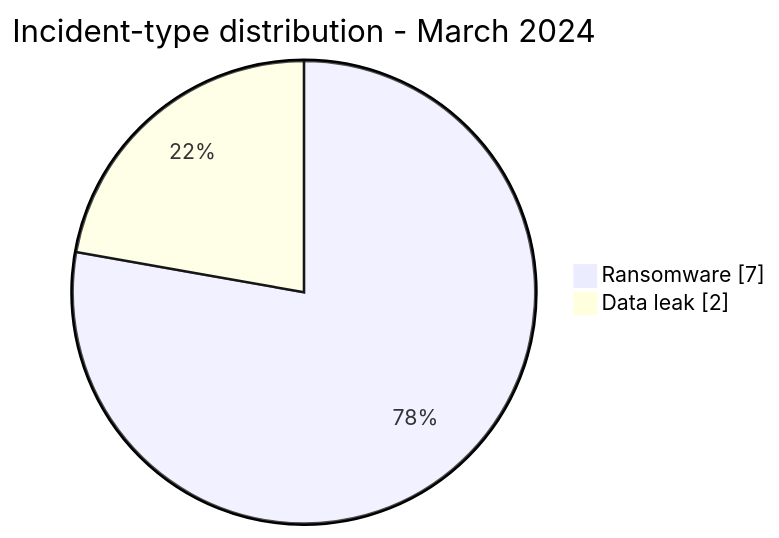
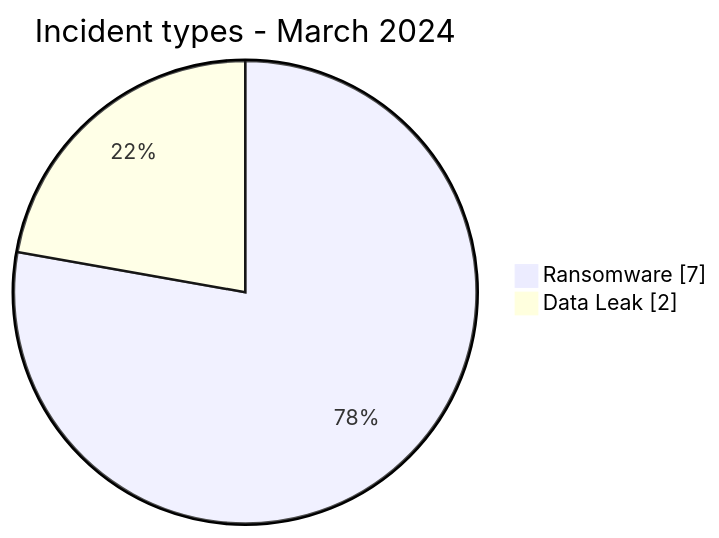
One commit to Hatchepsoute/AFRINTEL changed the first of 3 diagrams in CyberAttackAfrica/2024/03-march/README.md. Above: the diagram before and after it, drawn with Mermaid. The commit also changed other lines of this file and 60 other files, not shown here.

````diff
--- a/CyberAttackAfrica/2024/03-march/README.md
+++ b/CyberAttackAfrica/2024/03-march/README.md
@@ -54,6 +53,6 @@
 ```mermaid
 pie showData
-    title Incident-type distribution - March 2024
+    title Incident types - March 2024
     "Ransomware" : 7
-    "Data leak" : 2
+    "Data Leak" : 2
 ```
````
